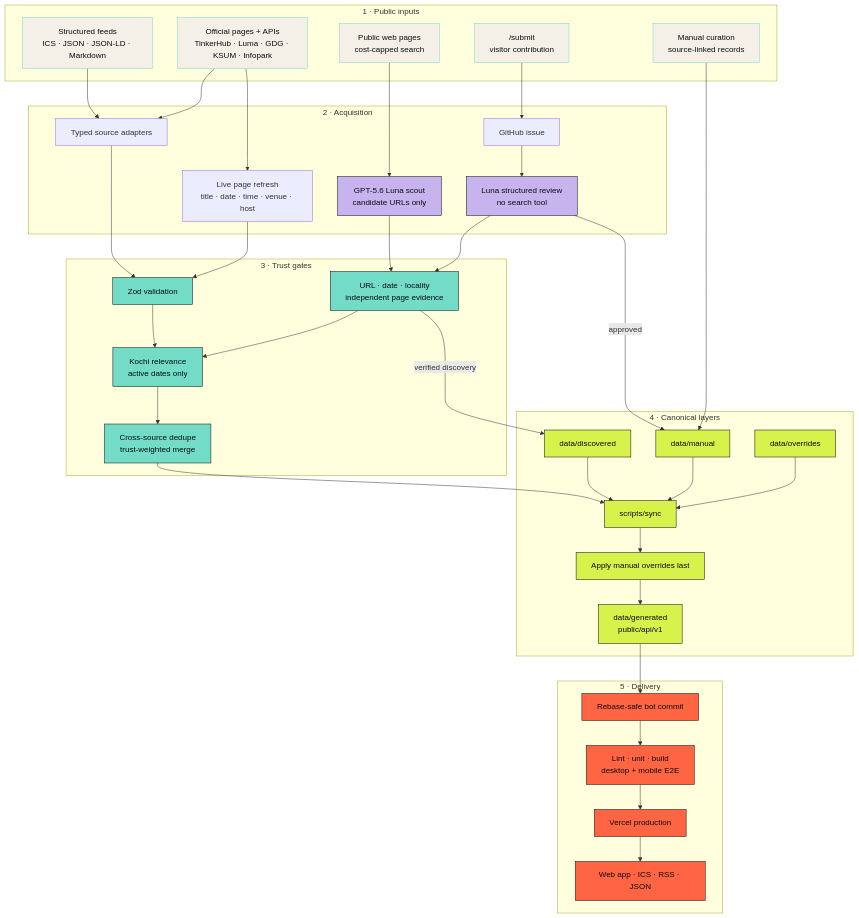
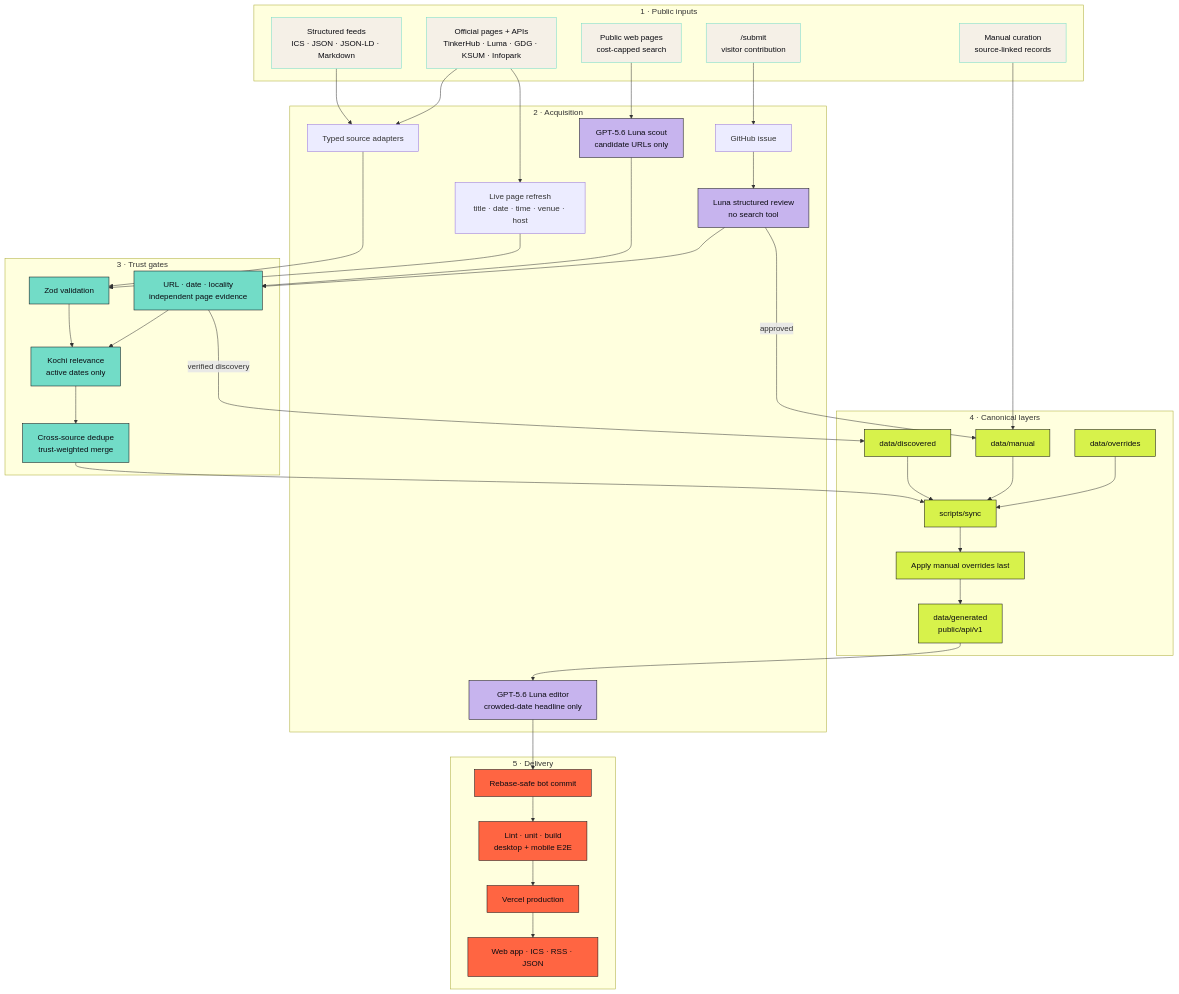
Before and after one commit to vaishakh3/kochibuzz: the second of 2 diagrams in README.md, drawn with Mermaid. The commit also changed other lines of this file and 12 other files, not shown here.

````diff
--- a/README.md
+++ b/README.md
@@ -135,75 +135,76 @@
 ```mermaid
 flowchart TB
   subgraph sources["1 · Public inputs"]
     feeds["Structured feeds<br/>ICS · JSON · JSON-LD · Markdown"]
     pages["Official pages + APIs<br/>TinkerHub · Luma · GDG · KSUM · Infopark"]
     publicweb["Public web pages<br/>cost-capped search"]
     form["/submit<br/>visitor contribution"]
     curator["Manual curation<br/>source-linked records"]
   end
 
   subgraph acquisition["2 · Acquisition"]
     adapters["Typed source adapters"]
     liverefresh["Live page refresh<br/>title · date · time · venue · host"]
     scout["GPT-5.6 Luna scout<br/>candidate URLs only"]
+    ranker["GPT-5.6 Luna editor<br/>crowded-date headline only"]
     issue["GitHub issue"]
     reviewer["Luna structured review<br/>no search tool"]
   end
 
   subgraph trust["3 · Trust gates"]
     schema["Zod validation"]
     evidence["URL · date · locality<br/>independent page evidence"]
     relevance["Kochi relevance<br/>active dates only"]
     dedupe["Cross-source dedupe<br/>trust-weighted merge"]
   end
 
   subgraph canonical["4 · Canonical layers"]
     manual["data/manual"]
     discovered["data/discovered"]
     overrides["data/overrides"]
     sync["scripts/sync"]
     priority["Apply manual overrides last"]
     generated["data/generated<br/>public/api/v1"]
   end
 
   subgraph delivery["5 · Delivery"]
     commit["Rebase-safe bot commit"]
     quality["Lint · unit · build<br/>desktop + mobile E2E"]
     deploy["Vercel production"]
     outputs["Web app · ICS · RSS · JSON"]
   end
 
   feeds --> adapters
   pages --> adapters
   pages --> liverefresh
   publicweb --> scout
   form --> issue --> reviewer
   curator --> manual
 
   adapters --> schema
   liverefresh --> schema
   scout --> evidence
   reviewer --> evidence
   schema --> relevance
   evidence --> relevance
   relevance --> dedupe
 
   reviewer -->|approved| manual
   evidence -->|verified discovery| discovered
   dedupe --> sync
   manual --> sync
   discovered --> sync
   overrides --> sync
-  sync --> priority --> generated --> commit --> quality --> deploy --> outputs
+  sync --> priority --> generated --> ranker --> commit --> quality --> deploy --> outputs
 
   classDef source fill:#F5F0E7,color:#0B0B12,stroke:#72DCC7;
   classDef ai fill:#C7B4EE,color:#0B0B12,stroke:#0B0B12;
   classDef gate fill:#72DCC7,color:#0B0B12,stroke:#0B0B12;
   classDef signal fill:#D7F24B,color:#0B0B12,stroke:#0B0B12;
   classDef coral fill:#FF6542,color:#0B0B12,stroke:#0B0B12;
   class feeds,pages,publicweb,form,curator source;
-  class scout,reviewer ai;
+  class scout,reviewer,ranker ai;
   class schema,evidence,relevance,dedupe gate;
   class manual,discovered,overrides,sync,priority,generated signal;
   class commit,quality,deploy,outputs coral;
 ```
````
